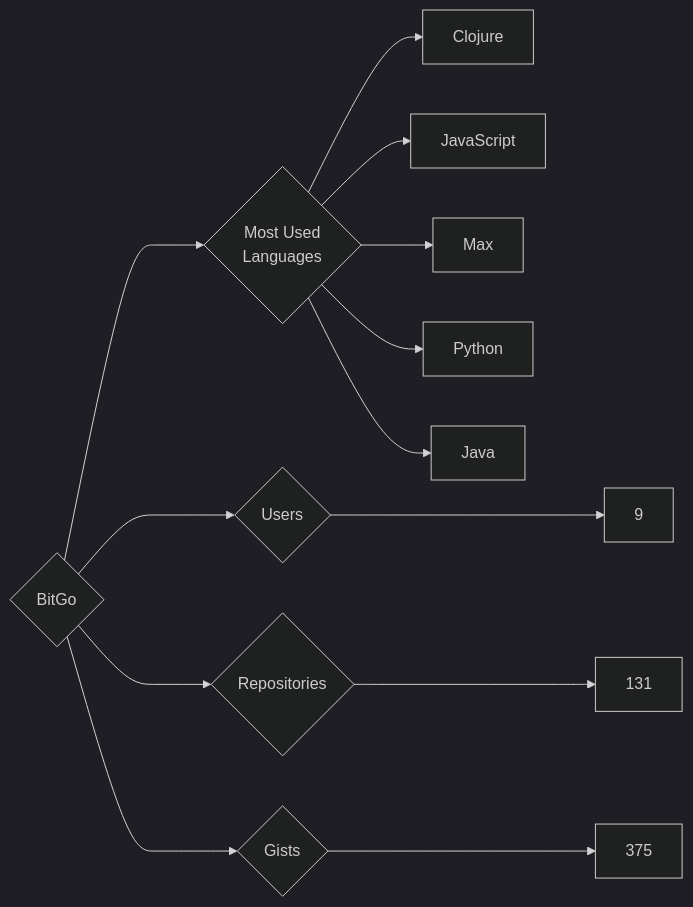
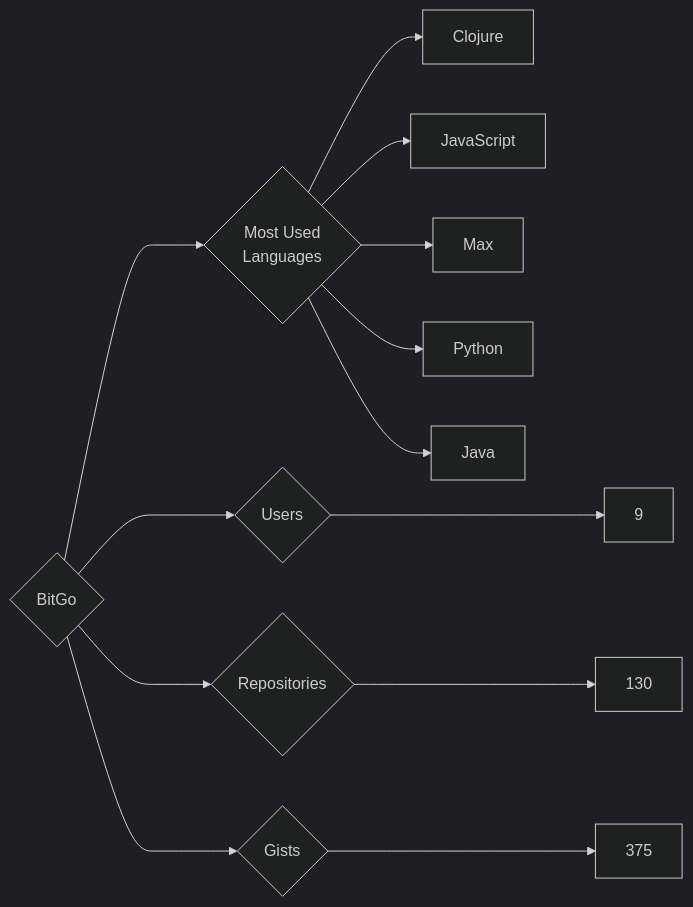
One commit to trickest/insiders changed the diagram in targets/BitGo/README.md. Above: the diagram before and after it, drawn with Mermaid (dark theme). The commit also changed 1007 other files, not shown here.

````diff
--- a/targets/BitGo/README.md
+++ b/targets/BitGo/README.md
@@ -3,13 +3,13 @@
 ```mermaid
 graph LR
 COMPANY_NAME{BitGo}
 COMPANY_NAME ---> U{Users} ---> UN[9]
-COMPANY_NAME ---> R{Repositories} ---> RN[131]
+COMPANY_NAME ---> R{Repositories} ---> RN[130]
 COMPANY_NAME ---> G{Gists} ---> GN[375]
 COMPANY_NAME ---> ML{Most Used<br>Languages}
 ML --> Clojure[Clojure]
 ML --> JavaScript[JavaScript]
 ML --> Max[Max]
 ML --> Python[Python]
 ML --> Java[Java]
 ```
````
